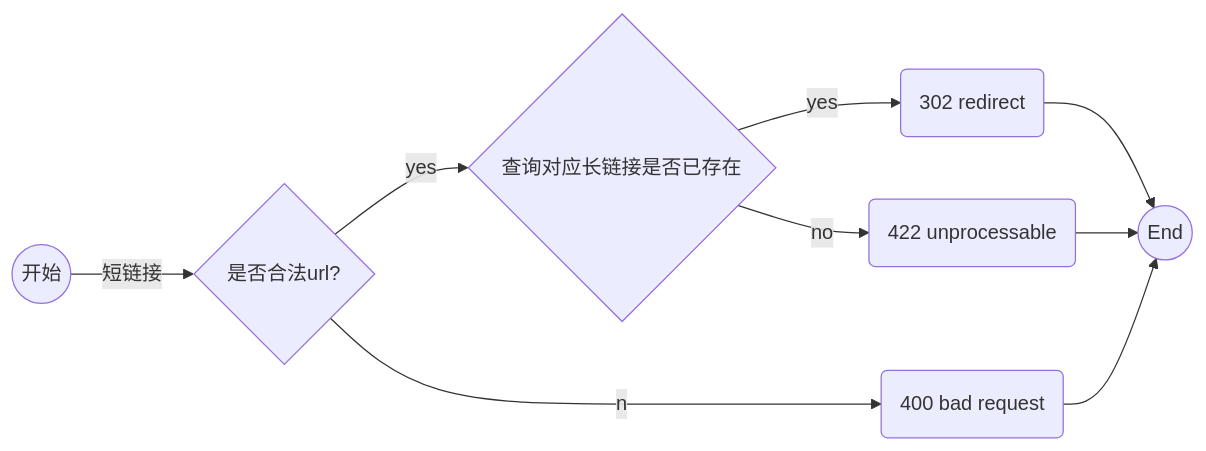
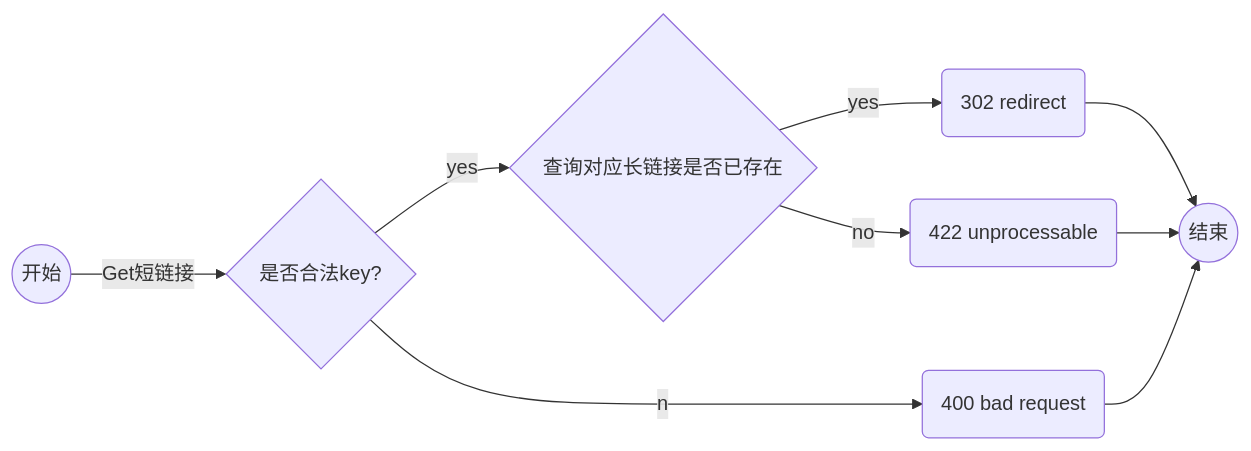
The second of 2 diagrams in fullstack/README.md (hongshancapital/interview-assignments), drawn with Mermaid before and after one commit. The commit also changed other lines of this file, not shown here.

````diff
--- a/fullstack/README.md
+++ b/fullstack/README.md
@@ -197,23 +197,23 @@
 ```mermaid
 
 graph LR
 
-Start((开始))--短链接--> Validate{是否合法url?}
+Start((开始))--Get短链接--> Validate{是否合法key?}
 
 Validate--no--> BadRequest(400 bad request )
 
 Validate --yes--> CheckExist{查询对应长链接是否已存在}
 
 CheckExist-- yes --> Redirect(302 redirect )
 
 CheckExist-- no --> Unprocessable(422 unprocessable )
 
-Redirect --> E((End))
+Redirect --> E((结束))
 
 Unprocessable --> E
 
 BadRequest --> E
 
   
 
 ```
````
